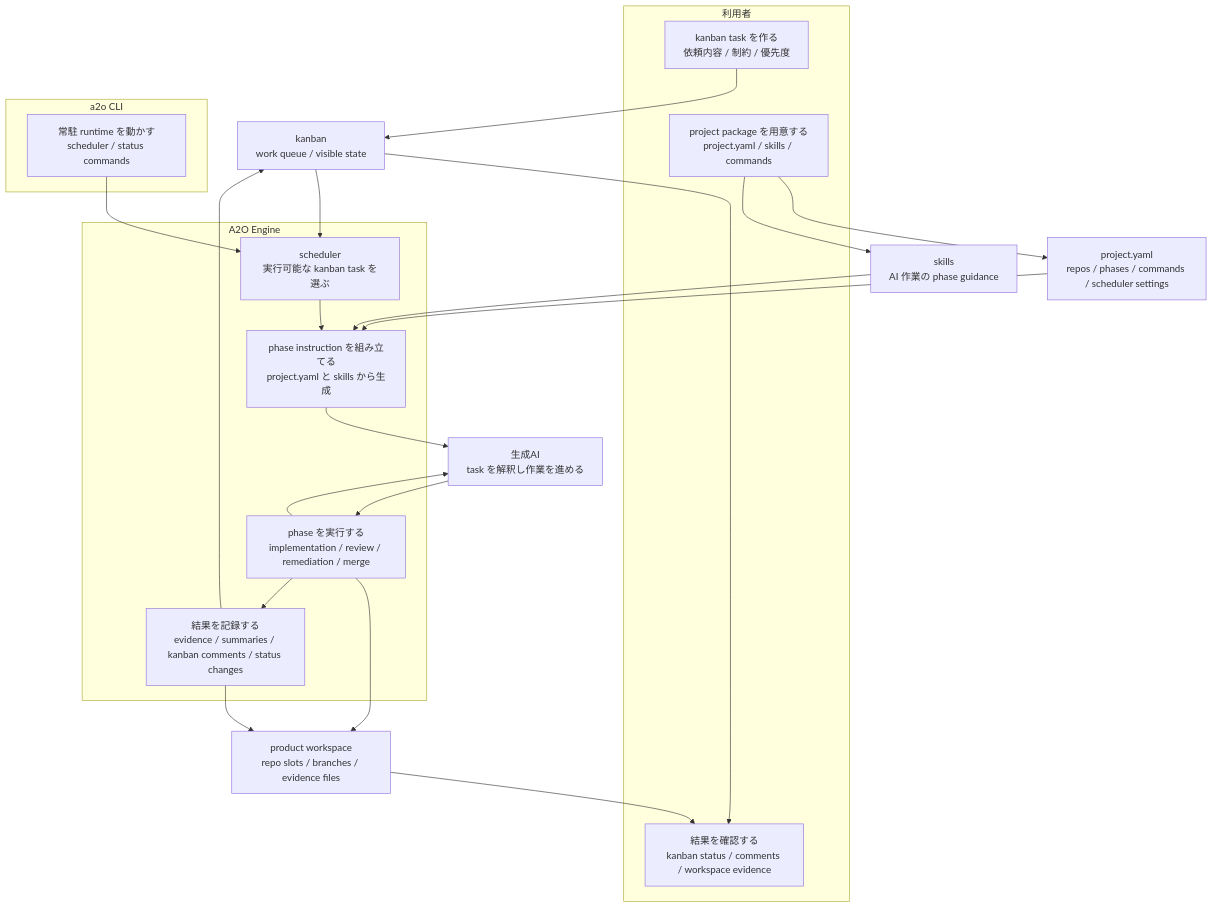
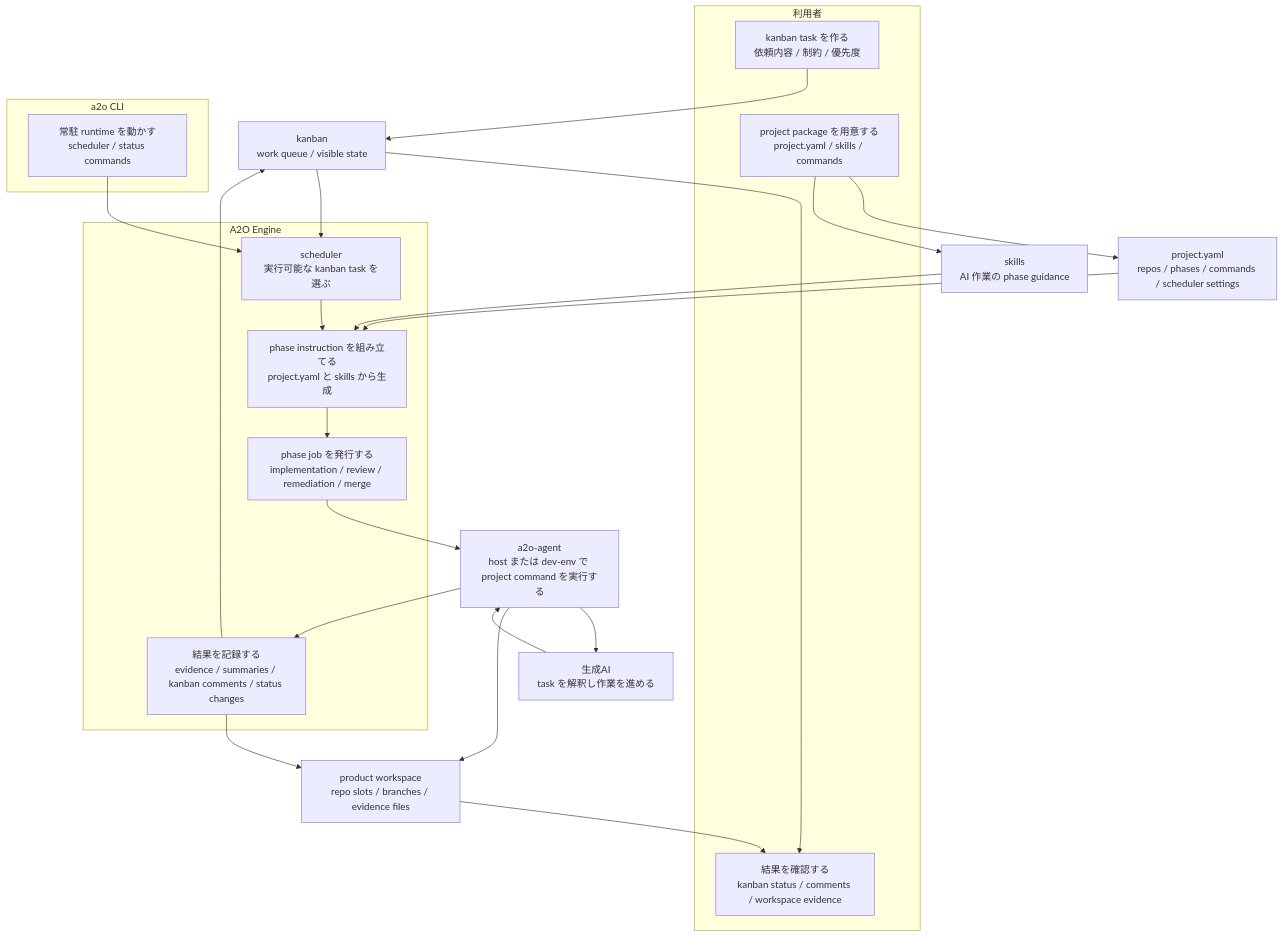
Before and after one commit to wamukat/a2o: the diagram in docs/ja/dev/00-design-map.md, drawn with Mermaid. The commit also changed other lines of this file and 1 other file, not shown here.

Commit message:
A2O#85 Clarify agent AI boundary

````diff
--- a/docs/ja/dev/00-design-map.md
+++ b/docs/ja/dev/00-design-map.md
@@ -14,43 +14,45 @@
 ```mermaid
 flowchart TB
   subgraph User["利用者"]
     Task["kanban task を作る\n依頼内容 / 制約 / 優先度"]
     Package["project package を用意する\nproject.yaml / skills / commands"]
     Observe["結果を確認する\nkanban status / comments / workspace evidence"]
   end
 
   subgraph CLI["a2o CLI"]
     Runtime["常駐 runtime を動かす\nscheduler / status commands"]
   end
 
   subgraph Engine["A2O Engine"]
     Scheduler["scheduler\n実行可能な kanban task を選ぶ"]
     Plan["phase instruction を組み立てる\nproject.yaml と skills から生成"]
-    Execute["phase を実行する\nimplementation / review / remediation / merge"]
+    Execute["phase job を発行する\nimplementation / review / remediation / merge"]
     Report["結果を記録する\nevidence / summaries / kanban comments / status changes"]
   end
 
+  Agent["a2o-agent\nhost または dev-env で project command を実行する"]
   AI["生成AI\ntask を解釈し作業を進める"]
   Kanban["kanban\nwork queue / visible state"]
   ProjectYaml["project.yaml\nrepos / phases / commands / scheduler settings"]
   Skills["skills\nAI 作業の phase guidance"]
   Workspace["product workspace\nrepo slots / branches / evidence files"]
 
   Task --> Kanban
   Package --> ProjectYaml
   Package --> Skills
   Runtime --> Scheduler
   Kanban --> Scheduler
   Scheduler --> Plan
   ProjectYaml --> Plan
   Skills --> Plan
-  Plan --> AI
-  AI --> Execute
-  Execute --> AI
-  Execute --> Workspace
-  Execute --> Report
+  Plan --> Execute
+  Execute --> Agent
+  Agent --> AI
+  AI --> Agent
+  Agent --> Workspace
+  Agent --> Report
   Report --> Workspace
   Report --> Kanban
   Kanban --> Observe
   Workspace --> Observe
 ```
````
